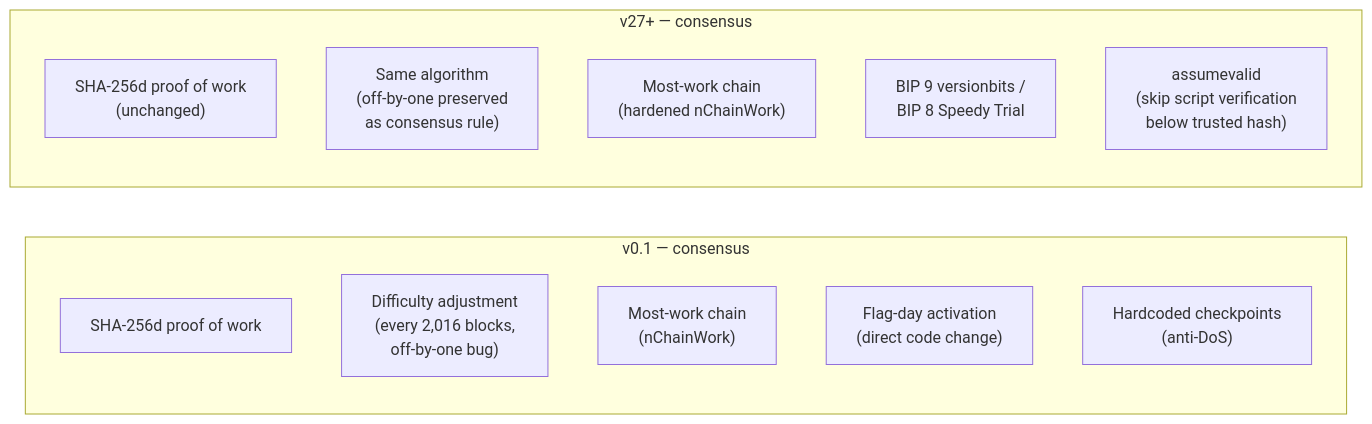
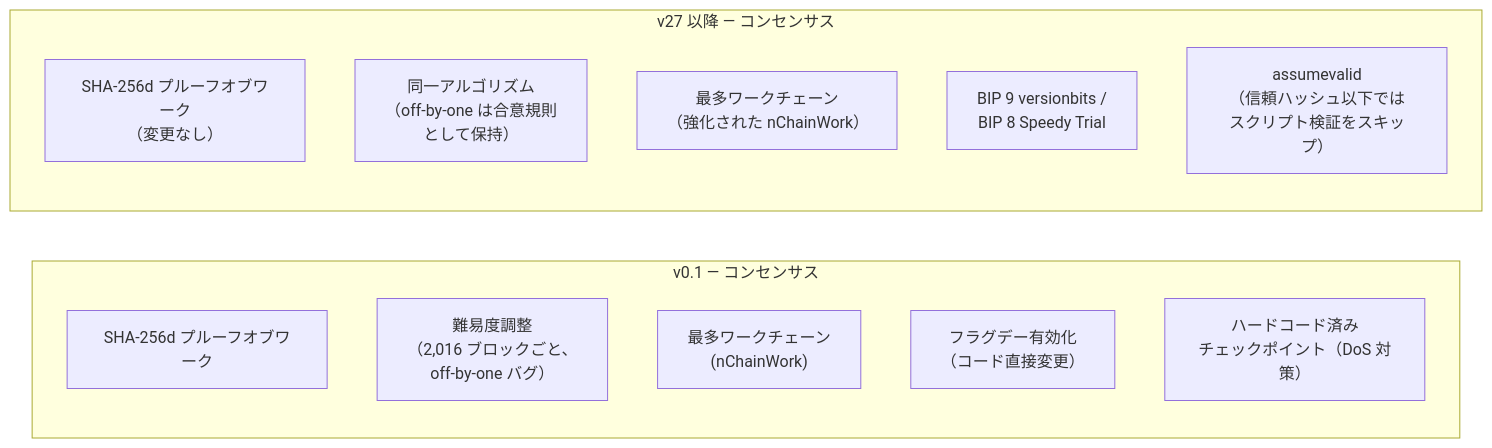
One commit to cypher256/BitcoinArchive changed the fifth of 10 diagrams in src/data/translations/ja/design/2009-01-03-bitcoin-architecture-evolution.md. Above: the diagram before and after it, drawn with Mermaid. The commit also changed other lines of this file and 11 other files, not shown here.

````diff
--- a/src/data/translations/ja/design/2009-01-03-bitcoin-architecture-evolution.md
+++ b/src/data/translations/ja/design/2009-01-03-bitcoin-architecture-evolution.md
@@ -182,20 +182,20 @@
 ```mermaid
 flowchart LR
-    subgraph V01_CON["v0.1 — consensus"]
+    subgraph V01_CON["v0.1 — コンセンサス"]
         direction TB
-        POW_0["SHA-256d proof of work"]
-        DIFF_0["Difficulty adjustment<br/>(every 2,016 blocks,<br/>off-by-one bug)"]
-        CHAIN_0["Most-work chain<br/>(nChainWork)"]
-        ACT_0["Flag-day activation<br/>(direct code change)"]
-        CHECK_0["Hardcoded checkpoints<br/>(anti-DoS)"]
+        POW_0["SHA-256d プルーフオブワーク"]
+        DIFF_0["難易度調整<br/>（2,016 ブロックごと、<br/>off-by-one バグ）"]
+        CHAIN_0["最多ワークチェーン<br/>(nChainWork)"]
+        ACT_0["フラグデー有効化<br/>（コード直接変更）"]
+        CHECK_0["ハードコード済み<br/>チェックポイント（DoS 対策）"]
     end
 
-    subgraph V27_CON["v27+ — consensus"]
+    subgraph V27_CON["v27 以降 — コンセンサス"]
         direction TB
-        POW_N["SHA-256d proof of work<br/>(unchanged)"]
-        DIFF_N["Same algorithm<br/>(off-by-one preserved<br/>as consensus rule)"]
-        CHAIN_N["Most-work chain<br/>(hardened nChainWork)"]
+        POW_N["SHA-256d プルーフオブワーク<br/>（変更なし）"]
+        DIFF_N["同一アルゴリズム<br/>（off-by-one は合意規則<br/>として保持）"]
+        CHAIN_N["最多ワークチェーン<br/>（強化された nChainWork）"]
         ACT_N["BIP 9 versionbits /<br/>BIP 8 Speedy Trial"]
-        ASSUME["assumevalid<br/>(skip script verification<br/>below trusted hash)"]
+        ASSUME["assumevalid<br/>（信頼ハッシュ以下では<br/>スクリプト検証をスキップ）"]
     end
 ```
````
